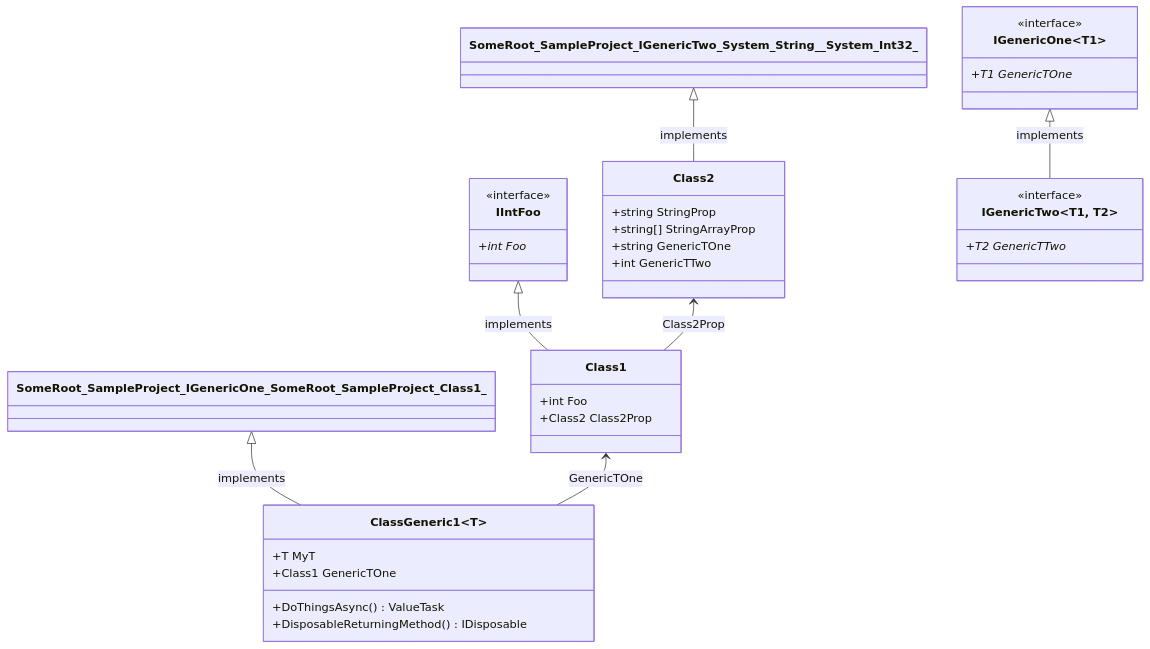
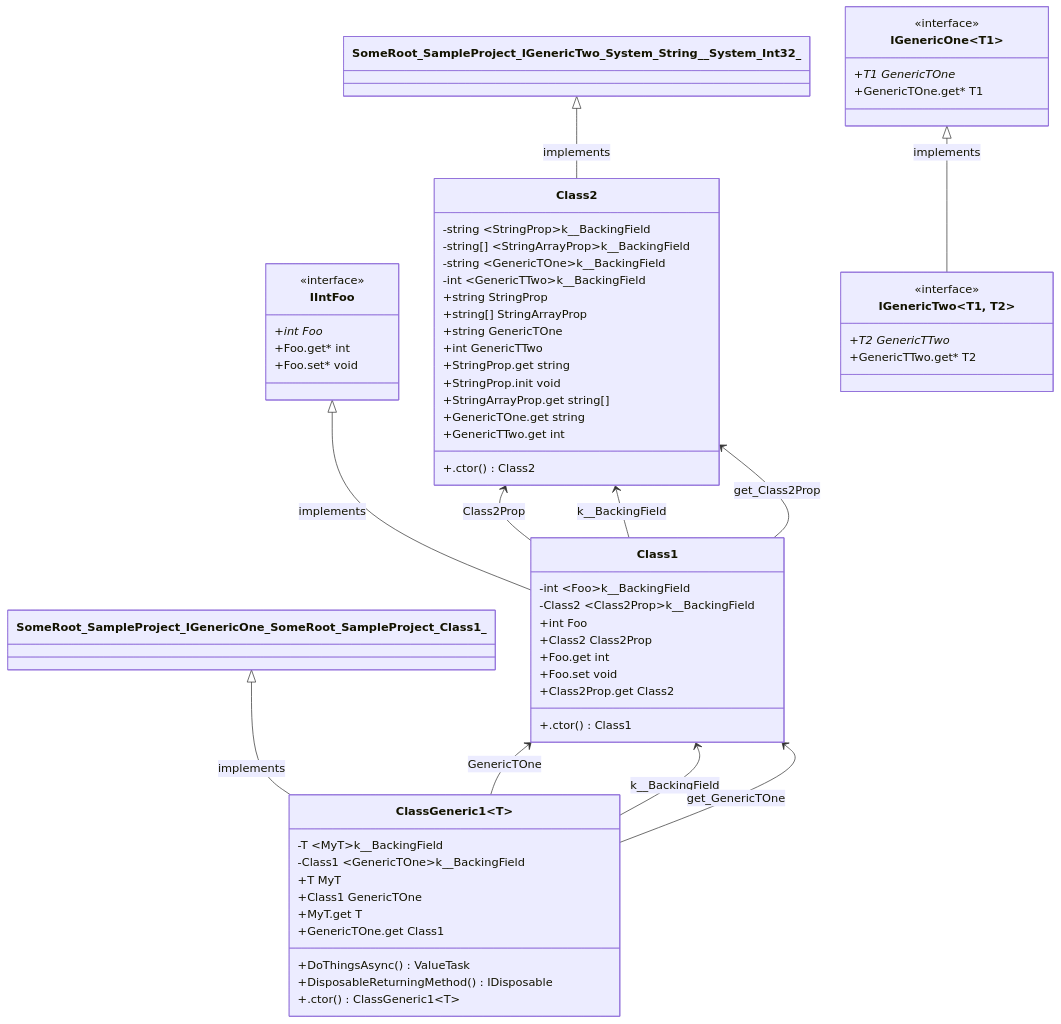
Before and after one commit to erichiller/gh-action-cs-metrics: the seventh of 7 diagrams in test/SampleProject/CODE_METRICS.md, drawn with Mermaid. The commit also changed other lines of this file, not shown here.

````diff
--- a/test/SampleProject/CODE_METRICS.md
+++ b/test/SampleProject/CODE_METRICS.md
@@ -317,47 +364,76 @@
 ```mermaid
 %%{init: {
     'fontFamily': 'monospace'
 } }%%
 classDiagram
 SomeRoot_SampleProject_IIntFoo <|-- SomeRoot_SampleProject_Class1 : implements
 SomeRoot_SampleProject_Class2 <-- SomeRoot_SampleProject_Class1 : Class2Prop
+SomeRoot_SampleProject_Class2 <-- SomeRoot_SampleProject_Class1 : <Class2Prop>k__BackingField
+SomeRoot_SampleProject_Class2 <-- SomeRoot_SampleProject_Class1 : get_Class2Prop
 class SomeRoot_SampleProject_Class1 ["Class1"] {
+    -int &lt;Foo&gt;k__BackingField
+    -Class2 &lt;Class2Prop&gt;k__BackingField
     +int Foo
     +Class2 Class2Prop
+    +Foo.get int
+    +Foo.set void
+    +Class2Prop.get Class2
+    +.ctor() Class1
 }
 
 SomeRoot_SampleProject_IGenericTwo_System_String__System_Int32_ <|-- SomeRoot_SampleProject_Class2 : implements
 class SomeRoot_SampleProject_Class2 ["Class2"] {
+    -string &lt;StringProp&gt;k__BackingField
+    -string[] &lt;StringArrayProp&gt;k__BackingField
+    -string &lt;GenericTOne&gt;k__BackingField
+    -int &lt;GenericTTwo&gt;k__BackingField
     +string StringProp
     +string[] StringArrayProp
     +string GenericTOne
     +int GenericTTwo
+    +StringProp.get string
+    +StringProp.init void
+    +StringArrayProp.get string[]
+    +GenericTOne.get string
+    +GenericTTwo.get int
+    +.ctor() Class2
 }
 
 SomeRoot_SampleProject_IGenericOne_SomeRoot_SampleProject_Class1_ <|-- SomeRoot_SampleProject_ClassGeneric1_T_ : implements
 SomeRoot_SampleProject_Class1 <-- SomeRoot_SampleProject_ClassGeneric1_T_ : GenericTOne
+SomeRoot_SampleProject_Class1 <-- SomeRoot_SampleProject_ClassGeneric1_T_ : <GenericTOne>k__BackingField
+SomeRoot_SampleProject_Class1 <-- SomeRoot_SampleProject_ClassGeneric1_T_ : get_GenericTOne
 class SomeRoot_SampleProject_ClassGeneric1_T_ ["ClassGeneric1&lt;T&gt;"] {
+    -T &lt;MyT&gt;k__BackingField
+    -Class1 &lt;GenericTOne&gt;k__BackingField
     +T MyT
     +Class1 GenericTOne
     +DoThingsAsync() ValueTask
     +DisposableReturningMethod() IDisposable
+    +MyT.get T
+    +GenericTOne.get Class1
+    +.ctor() ClassGeneric1&lt;T&gt;
 }
 
 class SomeRoot_SampleProject_IGenericOne_T1_ ["IGenericOne&lt;T1&gt;"] {
     <<interface>>
     +T1 GenericTOne*
+    +GenericTOne.get* T1
 }
 
 SomeRoot_SampleProject_IGenericOne_T1_ <|-- SomeRoot_SampleProject_IGenericTwo_T1__T2_ : implements
 class SomeRoot_SampleProject_IGenericTwo_T1__T2_ ["IGenericTwo&lt;T1, T2&gt;"] {
     <<interface>>
     +T2 GenericTTwo*
+    +GenericTTwo.get* T2
 }
 
 class SomeRoot_SampleProject_IIntFoo ["IIntFoo"] {
     <<interface>>
     +int Foo*
+    +Foo.get* int
+    +Foo.set* void
 }
 
 
 ```
````
